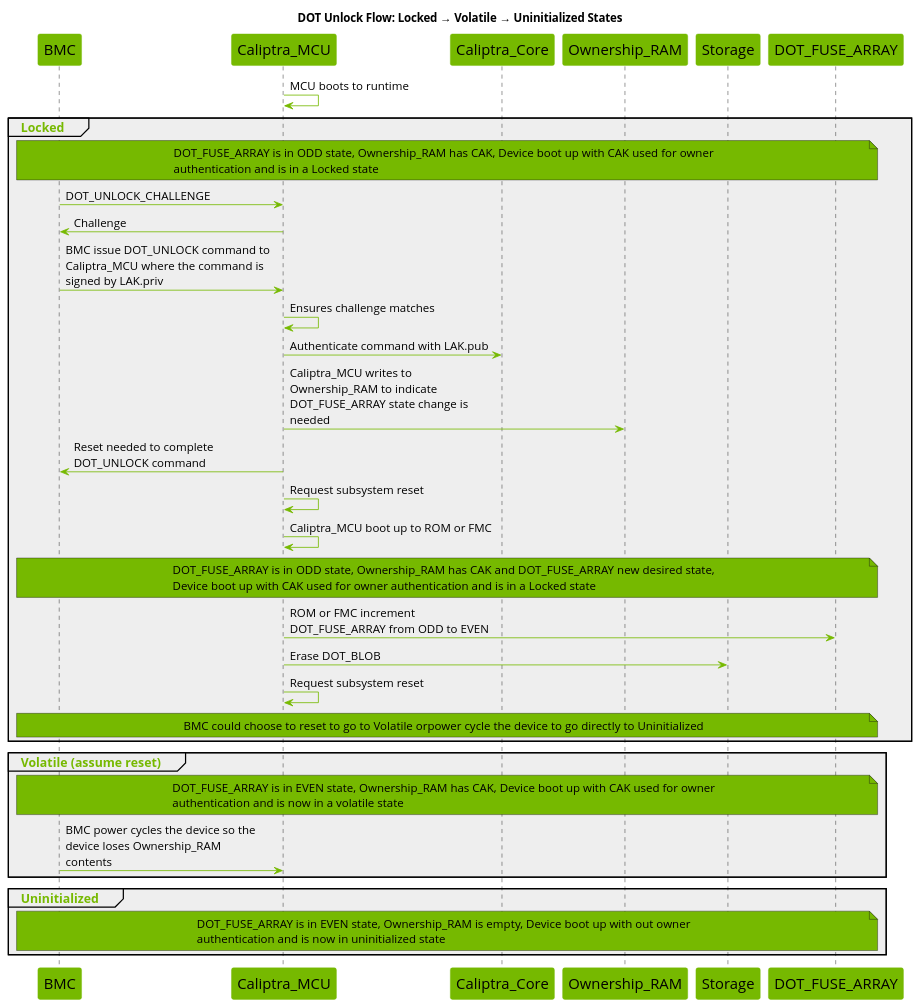
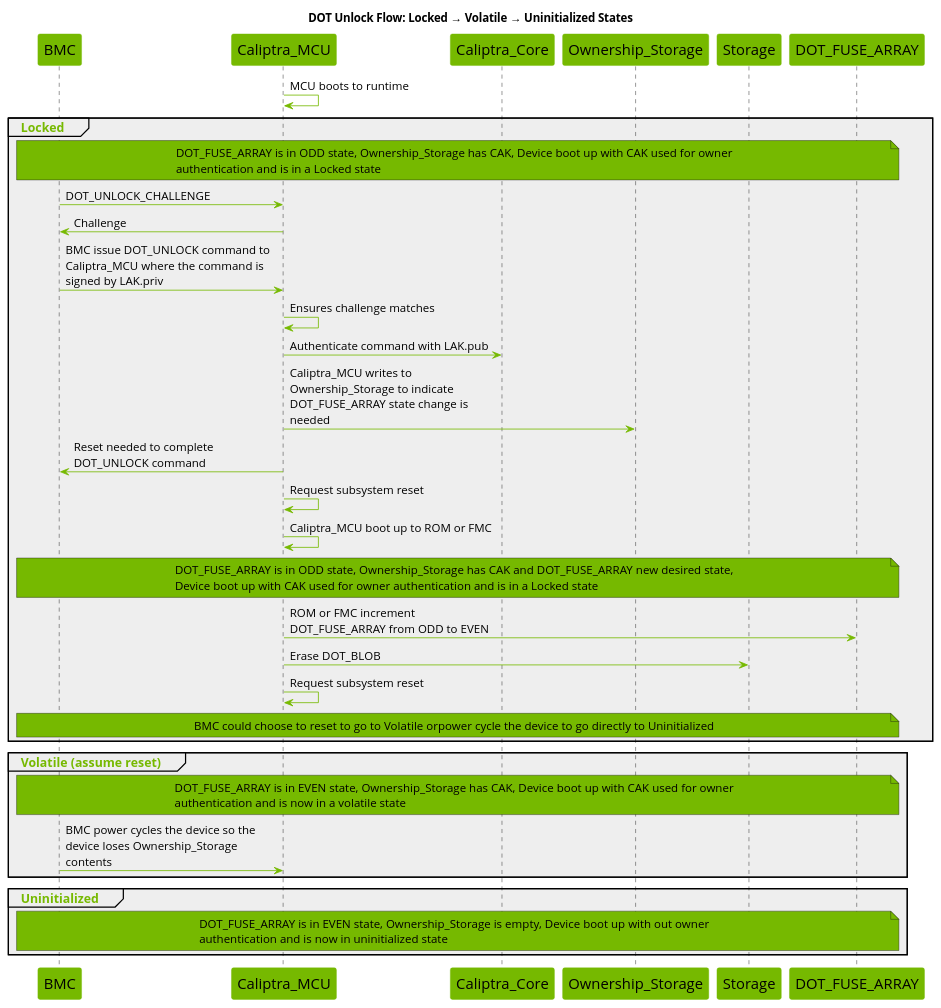
The seventh of 9 diagrams in docs/src/dot.md (zhalvorsen/caliptra-mcu-sw), drawn with PlantUML before and after one commit. The commit also changed other lines of this file, not shown here.

Commit message:
Modify dot.md to rephrase Ownership_RAM as Ownership_Storage (#611)

````diff
--- a/docs/src/dot.md
+++ b/docs/src/dot.md
@@ -973,67 +974,67 @@
 ```plantuml
 @startuml
 
 title DOT Unlock Flow: Locked → Volatile → Uninitialized States
 
 skinparam maxMessageSize 250
 skinparam wrapWidth 700
 skinparam backgroundColor white
 skinparam NoteBackgroundColor #76b900
 skinparam NoteFontSize 14
 skinparam SequenceGroupBodyBackgroundColor #EEEEEE
 skinparam defaultFontName Open Sans
 
 skinparam sequence {
     ArrowColor #76b900
     ActorBorderColor #76b900
     LifeLineBorderColor #000000
     LifeLineBackgroundColor #76b900
     GroupHeaderFontsize 15
     GroupHeaderFontColor #76b900
     GroupFontSize 15
     GroupFontColor #76b900
     ArrowFontSize 15
     ParticipantBorderColor #76b900
     ParticipantBackgroundColor #76b900
     ParticipantFontSize 18
     ParticipantFontColor black
     ArrowFontSize 14
 }
 
 participant BMC
 participant Caliptra_MCU
 participant Caliptra_Core
-participant Ownership_RAM
+participant Ownership_Storage
 participant Storage
 participant DOT_FUSE_ARRAY
 
 Caliptra_MCU -> Caliptra_MCU : MCU boots to runtime
 group Locked
-    note across : DOT_FUSE_ARRAY is in ODD state, Ownership_RAM has CAK, Device boot up with CAK used for owner authentication and is in a Locked state
+    note across : DOT_FUSE_ARRAY is in ODD state, Ownership_Storage has CAK, Device boot up with CAK used for owner authentication and is in a Locked state
     BMC -> Caliptra_MCU : DOT_UNLOCK_CHALLENGE
     Caliptra_MCU -> BMC : Challenge
     BMC -> Caliptra_MCU : BMC issue DOT_UNLOCK command to Caliptra_MCU where the command is signed by LAK.priv
     Caliptra_MCU -> Caliptra_MCU: Ensures challenge matches
     Caliptra_MCU -> Caliptra_Core : Authenticate command with LAK.pub
-    Caliptra_MCU -> Ownership_RAM : Caliptra_MCU writes to Ownership_RAM to indicate DOT_FUSE_ARRAY state change is needed
+    Caliptra_MCU -> Ownership_Storage : Caliptra_MCU writes to Ownership_Storage to indicate DOT_FUSE_ARRAY state change is needed
     Caliptra_MCU -> BMC : Reset needed to complete DOT_UNLOCK command
     Caliptra_MCU -> Caliptra_MCU : Request subsystem reset
     Caliptra_MCU -> Caliptra_MCU : Caliptra_MCU boot up to ROM or FMC
-    note across : DOT_FUSE_ARRAY is in ODD state, Ownership_RAM has CAK and DOT_FUSE_ARRAY new desired state, Device boot up with CAK used for owner authentication and is in a Locked state
+    note across : DOT_FUSE_ARRAY is in ODD state, Ownership_Storage has CAK and DOT_FUSE_ARRAY new desired state, Device boot up with CAK used for owner authentication and is in a Locked state
     Caliptra_MCU -> DOT_FUSE_ARRAY : ROM or FMC increment DOT_FUSE_ARRAY from ODD to EVEN
     Caliptra_MCU -> Storage : Erase DOT_BLOB
     Caliptra_MCU -> Caliptra_MCU : Request subsystem reset
     note across : BMC could choose to reset to go to Volatile orpower cycle the device to go directly to Uninitialized
 end
 
 group Volatile (assume reset)
-    note across : DOT_FUSE_ARRAY is in EVEN state, Ownership_RAM has CAK, Device boot up with CAK used for owner authentication and is now in a volatile state
-    BMC -> Caliptra_MCU : BMC power cycles the device so the device loses Ownership_RAM contents
+    note across : DOT_FUSE_ARRAY is in EVEN state, Ownership_Storage has CAK, Device boot up with CAK used for owner authentication and is now in a volatile state
+    BMC -> Caliptra_MCU : BMC power cycles the device so the device loses Ownership_Storage contents
 end
 
 group Uninitialized
-    note across : DOT_FUSE_ARRAY is in EVEN state, Ownership_RAM is empty, Device boot up with out owner authentication and is now in uninitialized state
+    note across : DOT_FUSE_ARRAY is in EVEN state, Ownership_Storage is empty, Device boot up with out owner authentication and is now in uninitialized state
 end
 
 @enduml
 ```
````
